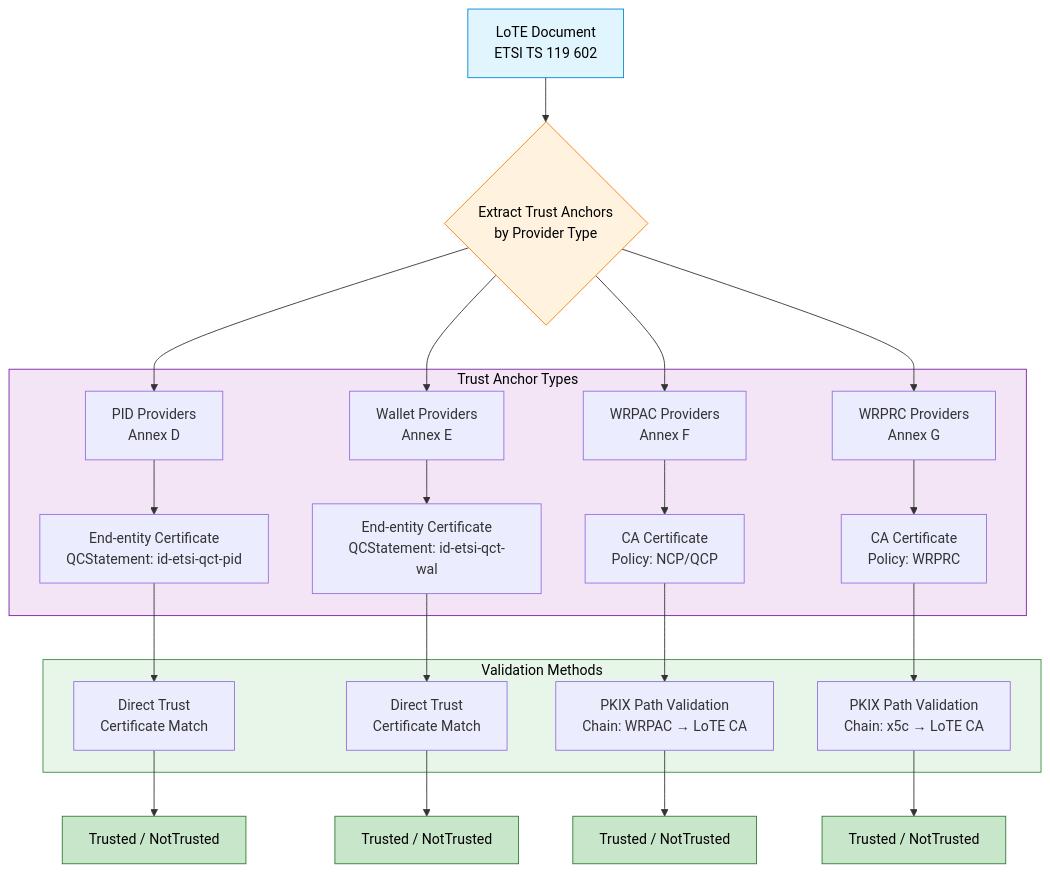
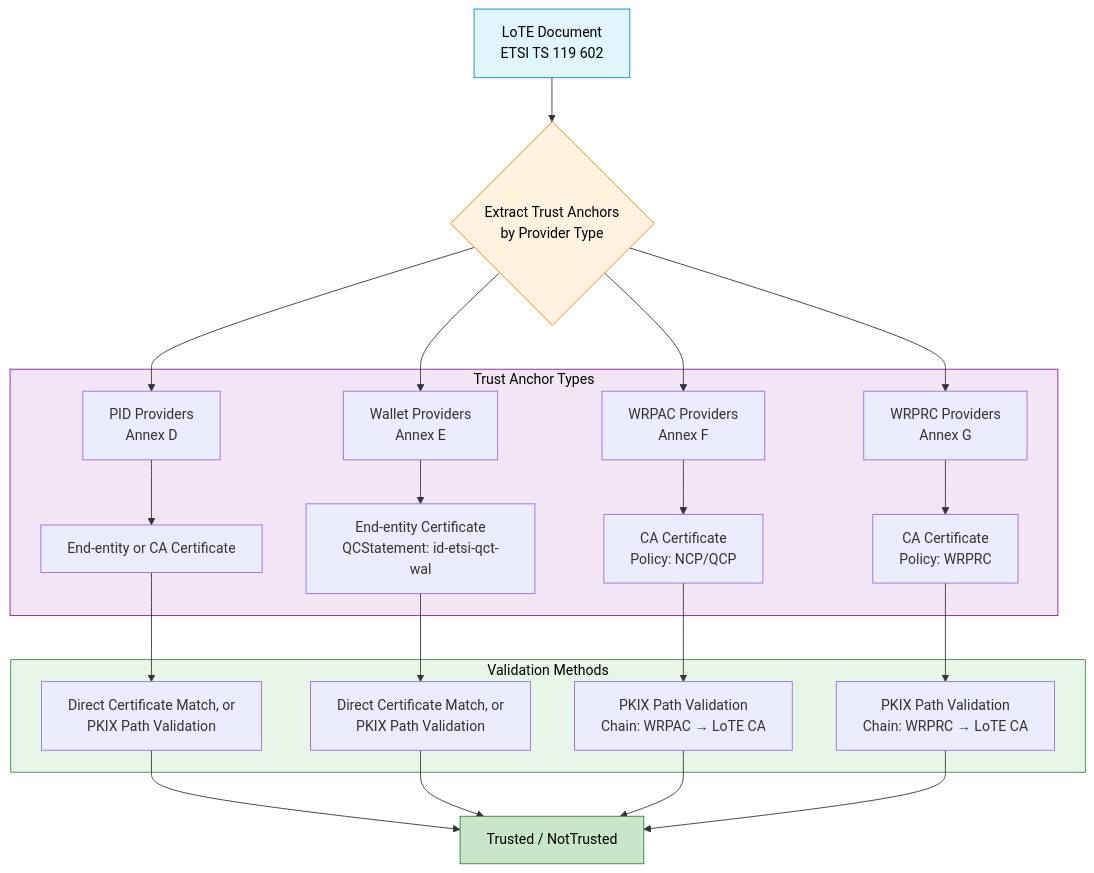
One commit to eu-digital-identity-wallet/eudi-lib-kmp-etsi-1196x2 changed the diagram in 119602-consultation/README.md. Above: the diagram before and after it, drawn with Mermaid. The commit also changed other lines of this file, not shown here.

Commit message:
Remove redundant certificate validation docs and refactor code snippets in `README.md` for improved clarity and conciseness

````diff
--- a/119602-consultation/README.md
+++ b/119602-consultation/README.md
@@ -241,35 +165,32 @@
 ```mermaid
 flowchart TD
     A[LoTE Document<br/>ETSI TS 119 602] --> B{Extract Trust Anchors<br/>by Provider Type}
     B --> C1[PID Providers<br/>Annex D]
     B --> C2[Wallet Providers<br/>Annex E]
     B --> C3[WRPAC Providers<br/>Annex F]
     B --> C4[WRPRC Providers<br/>Annex G]
 
     subgraph TrustAnchorTypes["Trust Anchor Types"]
-        C1 --> D1["End-entity Certificate<br/>QCStatement: id-etsi-qct-pid"]
+        C1 --> D1["End-entity or CA Certificate"]
         C2 --> D2["End-entity Certificate<br/>QCStatement: id-etsi-qct-wal"]
         C3 --> D3["CA Certificate<br/>Policy: NCP/QCP"]
         C4 --> D4["CA Certificate<br/>Policy: WRPRC"]
     end
 
     subgraph ValidationMethods["Validation Methods"]
-        D1 --> E1["Direct Trust<br/>Certificate Match"]
-        D2 --> E2["Direct Trust<br/>Certificate Match"]
+        D1 --> E1["Direct Certificate Match, or</br>PKIX Path Validation"]
+        D2 --> E2["Direct Certificate Match, or</br>PKIX Path Validation"]
         D3 --> E3["PKIX Path Validation<br/>Chain: WRPAC → LoTE CA"]
-        D4 --> E4["PKIX Path Validation<br/>Chain: x5c → LoTE CA"]
+        D4 --> E4["PKIX Path Validation<br/>Chain: WRPRC → LoTE CA"]
     end
 
     E1 --> F1[Trusted / NotTrusted]
-    E2 --> F2[Trusted / NotTrusted]
-    E3 --> F3[Trusted / NotTrusted]
-    E4 --> F4[Trusted / NotTrusted]
+    E2 --> F1[Trusted / NotTrusted]
+    E3 --> F1[Trusted / NotTrusted]
+    E4 --> F1[Trusted / NotTrusted]
     style A fill: #e1f5fe, stroke: #0288d1, color: #000
     style B fill: #fff3e0, stroke: #f57c00, color: #000
     style TrustAnchorTypes fill: #f3e5f5, stroke: #7b1fa2, color: #000
     style ValidationMethods fill: #e8f5e9, stroke: #388e3c, color: #000
     style F1 fill: #c8e6c9, stroke: #2e7d32, color: #000
-    style F2 fill: #c8e6c9, stroke: #2e7d32, color: #000
-    style F3 fill: #c8e6c9, stroke: #2e7d32, color: #000
-    style F4 fill: #c8e6c9, stroke: #2e7d32, color: #000
 ```
````
